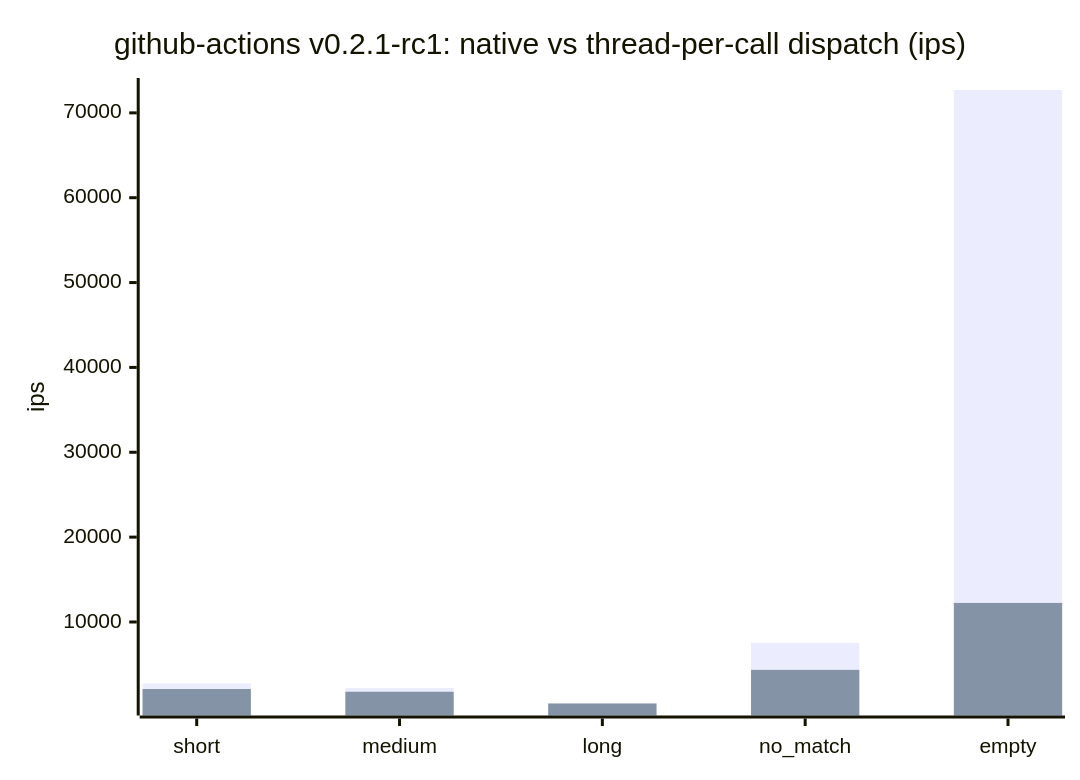
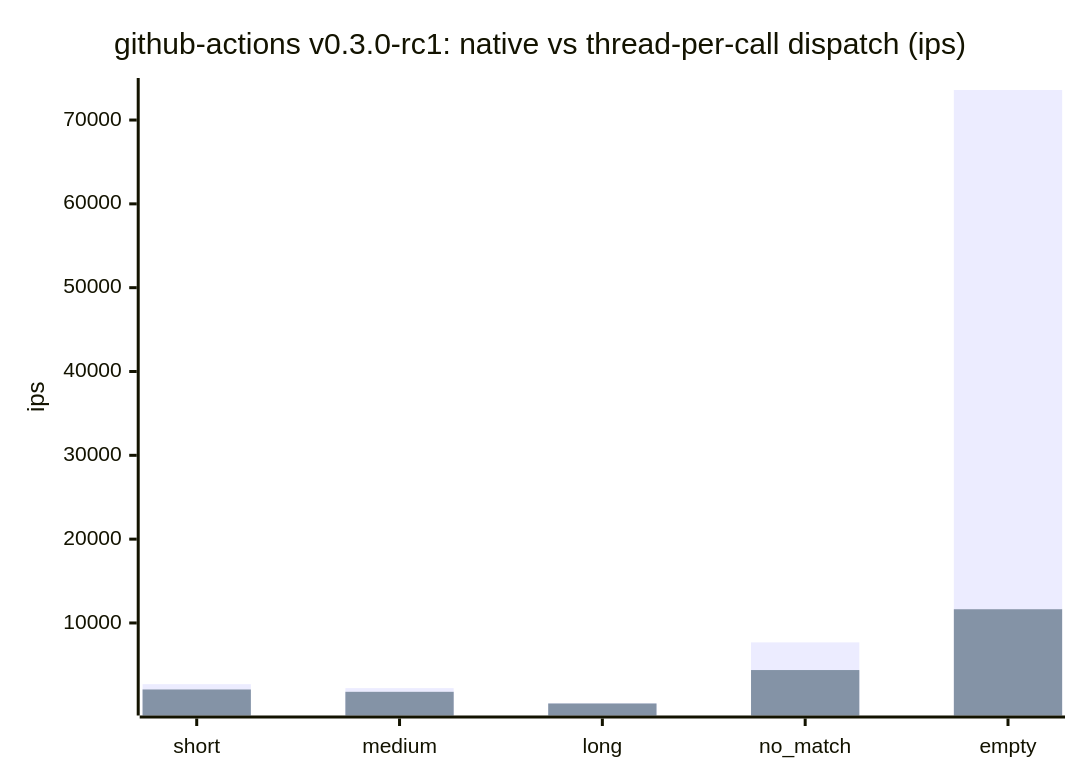
One commit to cpb/duckling changed the first of 5 diagrams in docs/benchmarks/README.md. Above: the diagram before and after it, drawn with Mermaid. The commit also changed other lines of this file and 1 other file, not shown here.

Commit message:
Record github-actions benchmark for PR #54 branch issue-34/implement-extended-test-corpus-from-ruby-test-desi [benchmark-record]

````diff
--- a/docs/benchmarks/README.md
+++ b/docs/benchmarks/README.md
@@ -50,8 +50,8 @@
 ```mermaid
 xychart-beta
-    title "github-actions v0.2.1-rc1: native vs thread-per-call dispatch (ips)"
+    title "github-actions v0.3.0-rc1: native vs thread-per-call dispatch (ips)"
     x-axis [short, medium, long, no_match, empty]
     y-axis "ips"
-    bar "native" [2757.4, 2217.3, 418.3, 7549.9, 72694.0]
-    bar "thread-per-call" [2096.8, 1775.4, 391.8, 4353.6, 12243.5]
+    bar "native" [2695.0, 2222.8, 419.6, 7683.6, 73583.5]
+    bar "thread-per-call" [2064.6, 1785.9, 391.5, 4382.0, 11636.2]
 ```
````
